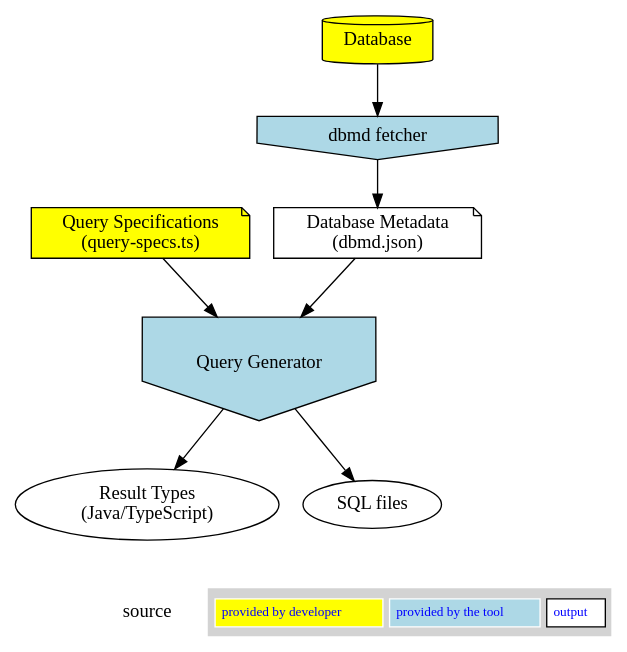
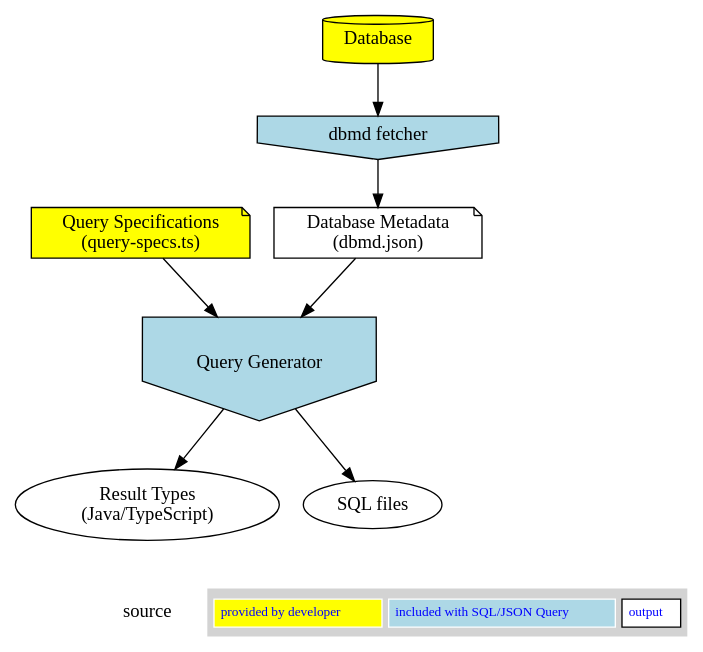
Before and after one commit to scharris/sqljson-query: the diagram in img/diagram-1.dot, drawn with Graphviz. The commit also changed 2 other files, not shown here.

```diff
--- a/img/diagram-1.dot
+++ b/img/diagram-1.dot
@@ -1,30 +1,30 @@
 digraph  Diagram1 {
   {
     qs [label="Query Specifications\n(query-specs.ts)" shape=note style=filled fillcolor=yellow]
     dbmd [label="Database Metadata\n(dbmd.json)" shape=note]
     mdf [label="dbmd fetcher" shape=invhouse style=filled fillcolor=lightblue]
     db [label="Database" shape=cylinder style=filled fillcolor=yellow]
     rd [label="Result Types\n(Java/TypeScript)" ]
     sjq [label="Query Generator" shape=invhouse height=1.2 style=filled fillcolor=lightblue]
     sql [label="SQL files"]
   }
   db -> mdf -> dbmd
   qs -> sjq
   dbmd -> sjq
   sjq -> sql
   sjq -> rd
 
   { rank = sink;
     space [shape="rectangle" fixedsize=true  label="source" color="none"]
     node [margin=0 fontcolor=blue fontsize=10  style=filled]
     Legend [shape=none, label=<
     <TABLE BORDER="0" CELLBORDER="1" CELLSPACING="5" CELLPADDING="4">
      <TR>
       <TD color="white" bgcolor="yellow">provided by developer</TD>
-      <TD color="white"  bgcolor="lightblue">provided by the tool</TD>
+      <TD color="white"  bgcolor="lightblue">included with SQL/JSON Query</TD>
       <TD bgcolor="white">output</TD>
      </TR>
     </TABLE>
    >];
   }
 }
```
